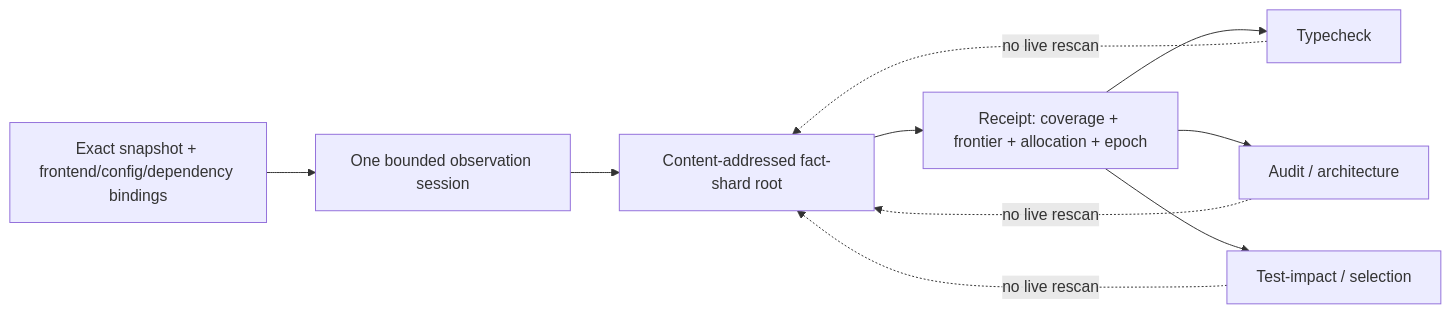
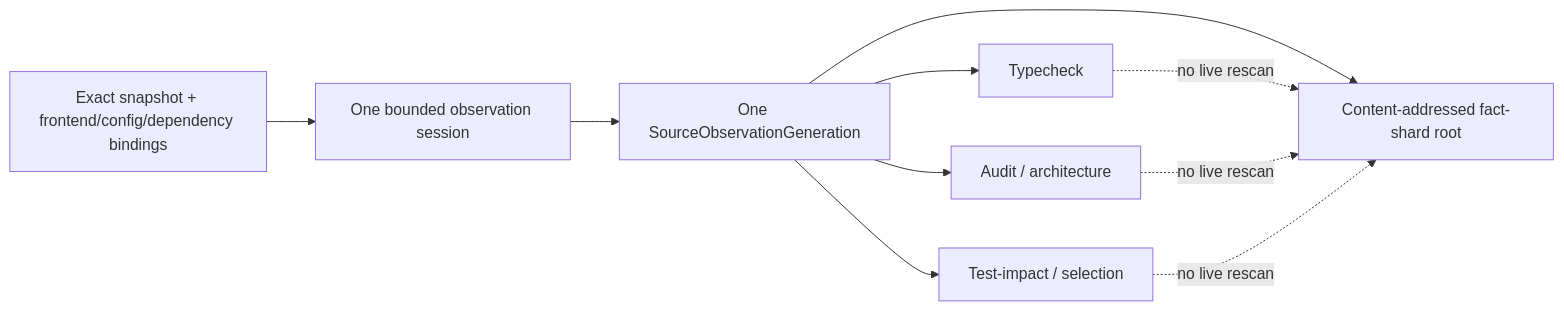
The third of 6 diagrams in docs/brownfield-import.md (sec-platform/sec), drawn with Mermaid before and after one commit. The commit also changed other lines of this file and 1 other file, not shown here.

Commit message:
docs: reuse canonical source observation generation

````diff
--- a/docs/brownfield-import.md
+++ b/docs/brownfield-import.md
@@ -137,12 +124,12 @@
 ```mermaid
 flowchart LR
   I[Exact snapshot + frontend/config/dependency bindings] --> O[One bounded observation session]
-  O --> F[Content-addressed fact-shard root]
-  F --> R[Receipt: coverage + frontier + allocation + epoch]
-  R --> T[Typecheck]
-  R --> A[Audit / architecture]
-  R --> X[Test-impact / selection]
+  O --> G[One SourceObservationGeneration]
+  G --> F[Content-addressed fact-shard root]
+  G --> T[Typecheck]
+  G --> A[Audit / architecture]
+  G --> X[Test-impact / selection]
   T -. no live rescan .-> F
   A -. no live rescan .-> F
   X -. no live rescan .-> F
 ```
````
